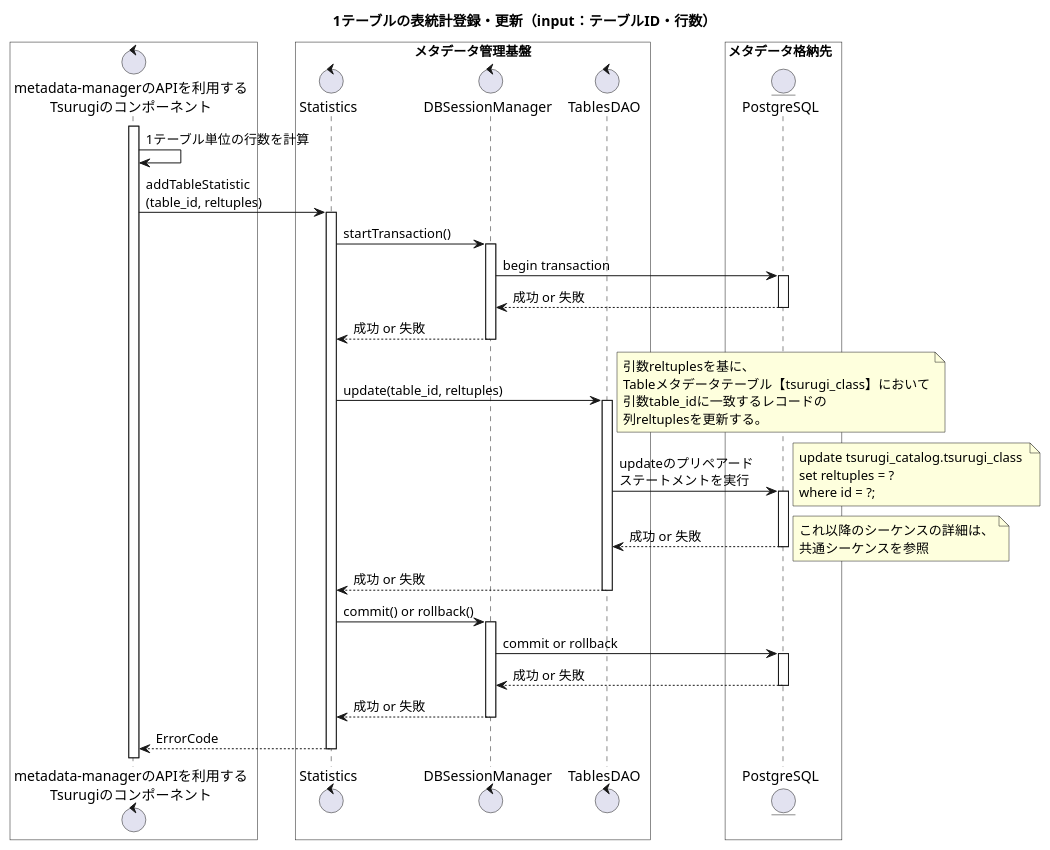
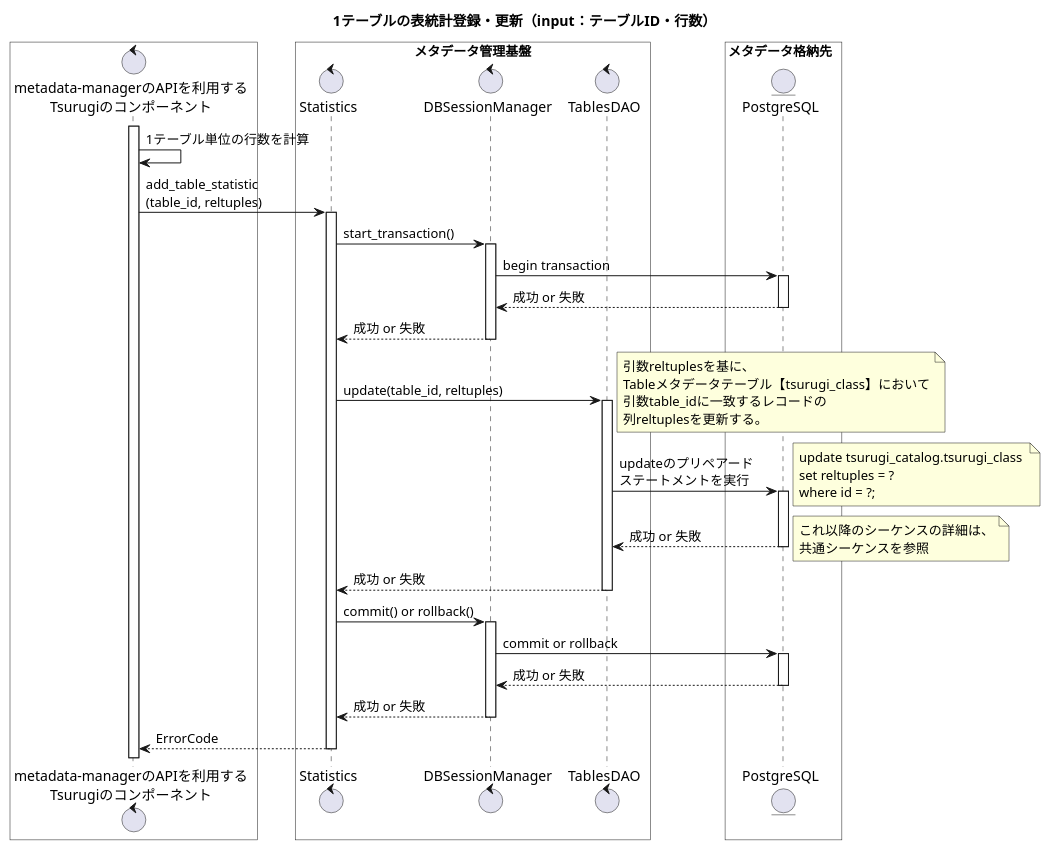
The fifth of 12 diagrams in metadata-manager/docs/statistic/02.FD/uml/SequenceDiagram_detail.pu (project-tsurugi/metadata-manager), drawn with PlantUML before and after one commit. The commit also changed other lines of this file and 22 other files, not shown here.

```diff
--- a/metadata-manager/docs/statistic/02.FD/uml/SequenceDiagram_detail.pu
+++ b/metadata-manager/docs/statistic/02.FD/uml/SequenceDiagram_detail.pu
@@ -255,62 +255,62 @@
 @startuml
 title 1テーブルの表統計登録・更新（input：テーブルID・行数）
 
 box #White
 control "metadata-managerのAPIを利用する\nTsurugiのコンポーネント" as ogawayama
 end box
 box "メタデータ管理基盤" #White
 control "Statistics" as Statistics
 control "DBSessionManager" as DBSessionManager
 control "TablesDAO" as TablesDAO
 end box
 box メタデータ格納先  #White
 entity "PostgreSQL" as metadata_storage
 end box
 
 activate ogawayama
 ogawayama -> ogawayama : 1テーブル単位の行数を計算
-ogawayama -> Statistics : addTableStatistic\n(table_id, reltuples)
+ogawayama -> Statistics : add_table_statistic\n(table_id, reltuples)
 activate Statistics
-Statistics -> DBSessionManager : startTransaction()
+Statistics -> DBSessionManager : start_transaction()
 activate DBSessionManager
 DBSessionManager -> metadata_storage : begin transaction
 activate metadata_storage
 DBSessionManager <-- metadata_storage: 成功 or 失敗
 deactivate metadata_storage
 Statistics <-- DBSessionManager : 成功 or 失敗
 deactivate DBSessionManager
 Statistics -> TablesDAO : update(table_id, reltuples)
 activate TablesDAO
 note right
 引数reltuplesを基に、
 Tableメタデータテーブル【tsurugi_class】において
 引数table_idに一致するレコードの
 列reltuplesを更新する。
 end note
 TablesDAO -> metadata_storage : updateのプリペアード\nステートメントを実行
 note right
 update tsurugi_catalog.tsurugi_class 
 set reltuples = ? 
 where id = ?;
 end note
 activate metadata_storage
 TablesDAO <-- metadata_storage : 成功 or 失敗
 note right
 これ以降のシーケンスの詳細は、
 共通シーケンスを参照
 end note
 deactivate metadata_storage
 Statistics <-- TablesDAO : 成功 or 失敗
 deactivate TablesDAO
 Statistics -> DBSessionManager : commit() or rollback()
 activate DBSessionManager
 DBSessionManager -> metadata_storage : commit or rollback
 activate metadata_storage
 DBSessionManager <-- metadata_storage : 成功 or 失敗
 deactivate metadata_storage
 Statistics <-- DBSessionManager : 成功 or 失敗
 deactivate DBSessionManager
 ogawayama <-- Statistics : ErrorCode
 deactivate Statistics
 
 @enduml
```
